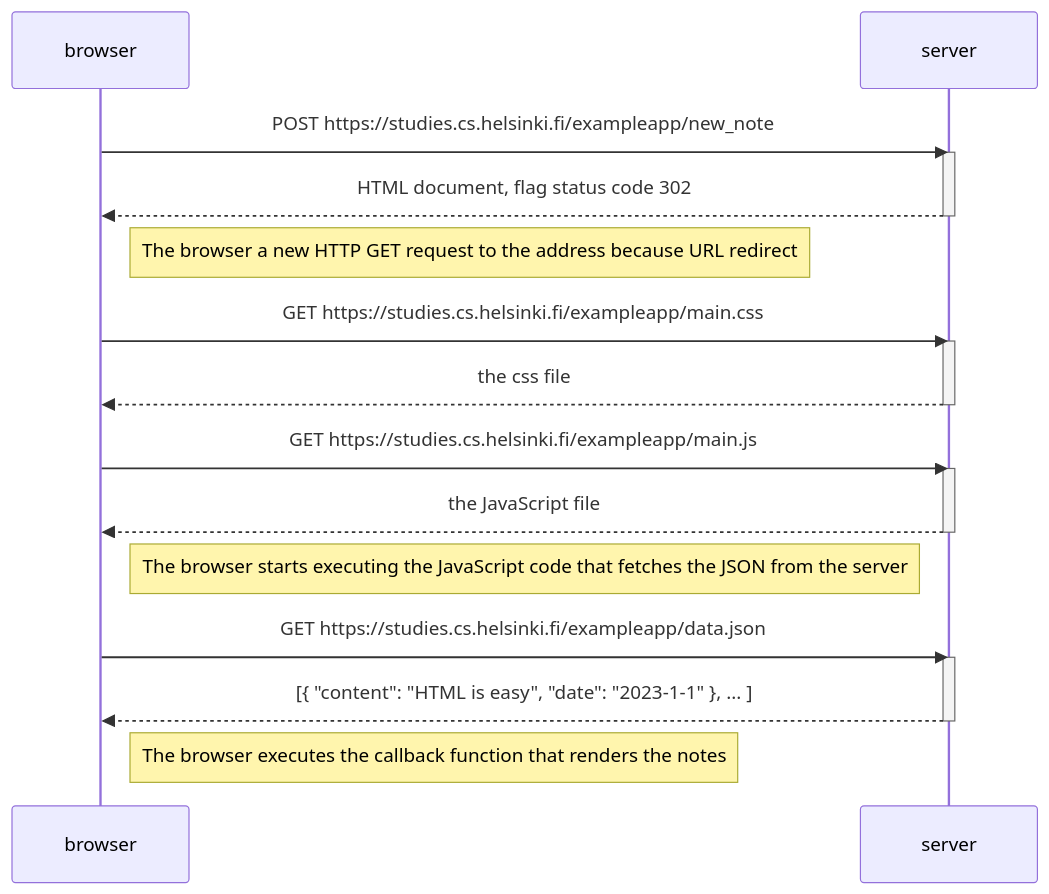
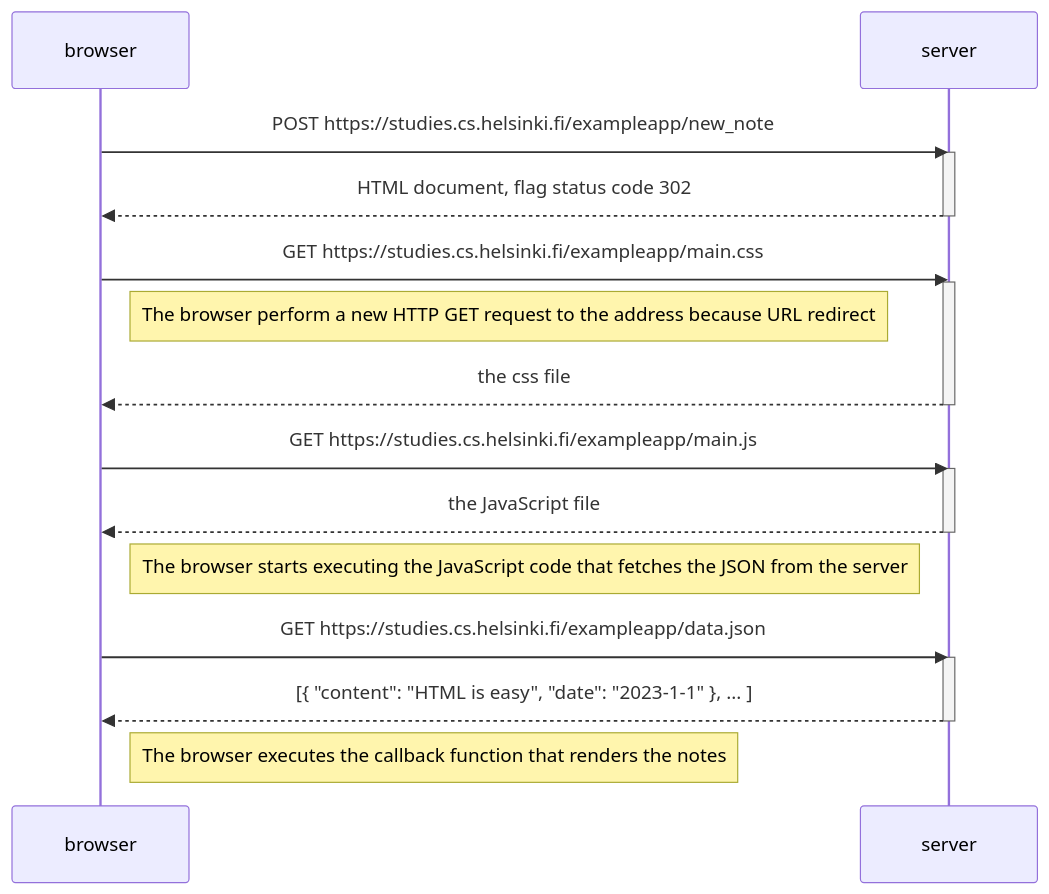
One commit to Doctor3131/MOOC.FI-FULLSTACK changed the diagram in part0/0.4-New-note-diagram.md. Above: the diagram before and after it, drawn with Mermaid.

````diff
--- a/part0/0.4-New-note-diagram.md
+++ b/part0/0.4-New-note-diagram.md
@@ -1,31 +1,31 @@
 ```mermaid
 sequenceDiagram
     participant browser
     participant server
 
     browser->>server: POST https://studies.cs.helsinki.fi/exampleapp/new_note
     activate server
     server-->>browser: HTML document, flag status code 302
     deactivate server
 
-    Note right of browser: The browser a new HTTP GET request to the address because URL redirect
 
     browser->>server: GET https://studies.cs.helsinki.fi/exampleapp/main.css
     activate server
+    Note right of browser: The browser perform a new HTTP GET request to the address because URL redirect
     server-->>browser: the css file
     deactivate server
 
     browser->>server: GET https://studies.cs.helsinki.fi/exampleapp/main.js
     activate server
     server-->>browser: the JavaScript file
     deactivate server
 
     Note right of browser: The browser starts executing the JavaScript code that fetches the JSON from the server
 
     browser->>server: GET https://studies.cs.helsinki.fi/exampleapp/data.json
     activate server
     server-->>browser: [{ "content": "HTML is easy", "date": "2023-1-1" }, ... ]
     deactivate server
 
     Note right of browser: The browser executes the callback function that renders the notes
 ```
````
